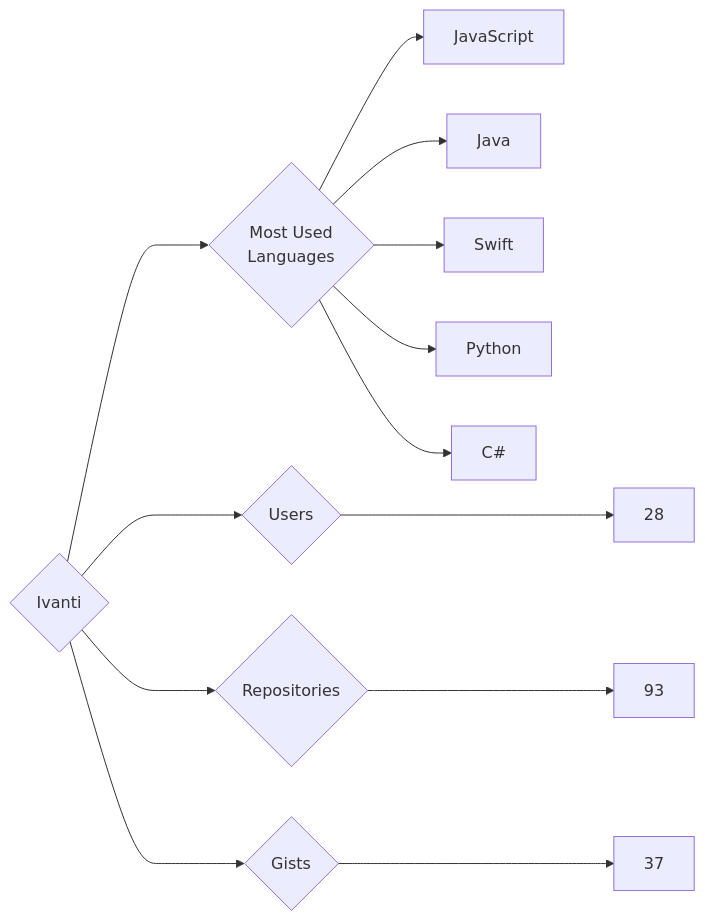
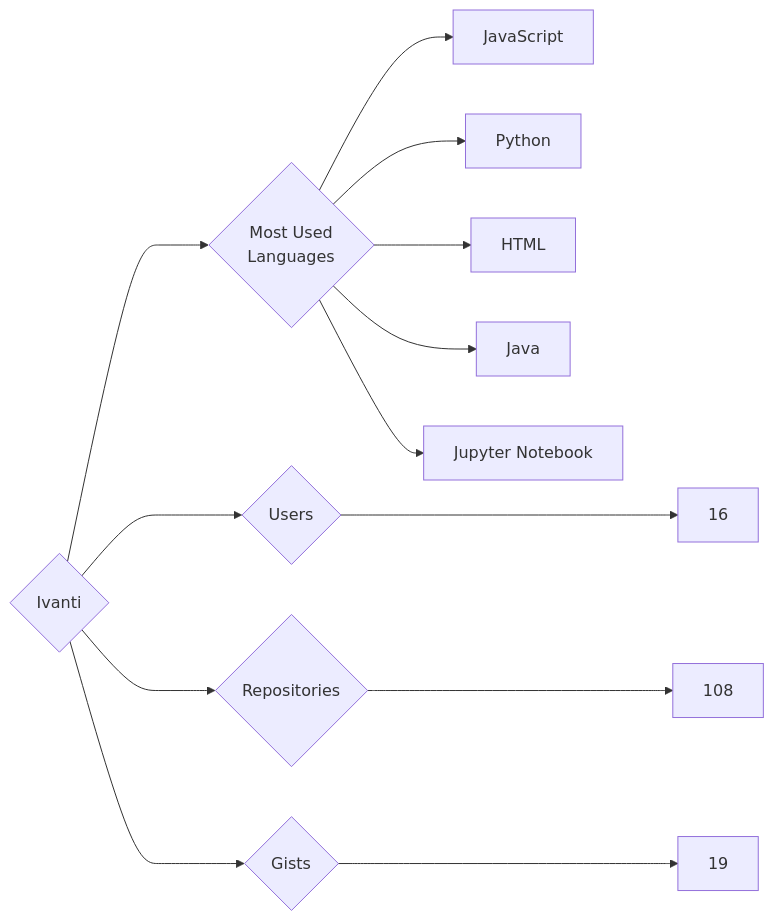
The diagram in targets/Ivanti/README.md (trickest/insiders), drawn with Mermaid before and after one commit. The commit also changed 736 other files, not shown here.

````diff
--- a/targets/Ivanti/README.md
+++ b/targets/Ivanti/README.md
@@ -3,13 +3,13 @@
 ```mermaid
 graph LR
 COMPANY_NAME{Ivanti}
-COMPANY_NAME ---> U{Users} ---> UN[28]
-COMPANY_NAME ---> R{Repositories} ---> RN[93]
-COMPANY_NAME ---> G{Gists} ---> GN[37]
+COMPANY_NAME ---> U{Users} ---> UN[16]
+COMPANY_NAME ---> R{Repositories} ---> RN[108]
+COMPANY_NAME ---> G{Gists} ---> GN[19]
 COMPANY_NAME ---> ML{Most Used<br>Languages}
 ML --> JavaScript[JavaScript]
+ML --> Python[Python]
+ML --> HTML[HTML]
 ML --> Java[Java]
-ML --> Swift[Swift]
-ML --> Python[Python]
-ML --> C#[C#]
+ML --> Jupyter_Notebook[Jupyter Notebook]
 ```
````
